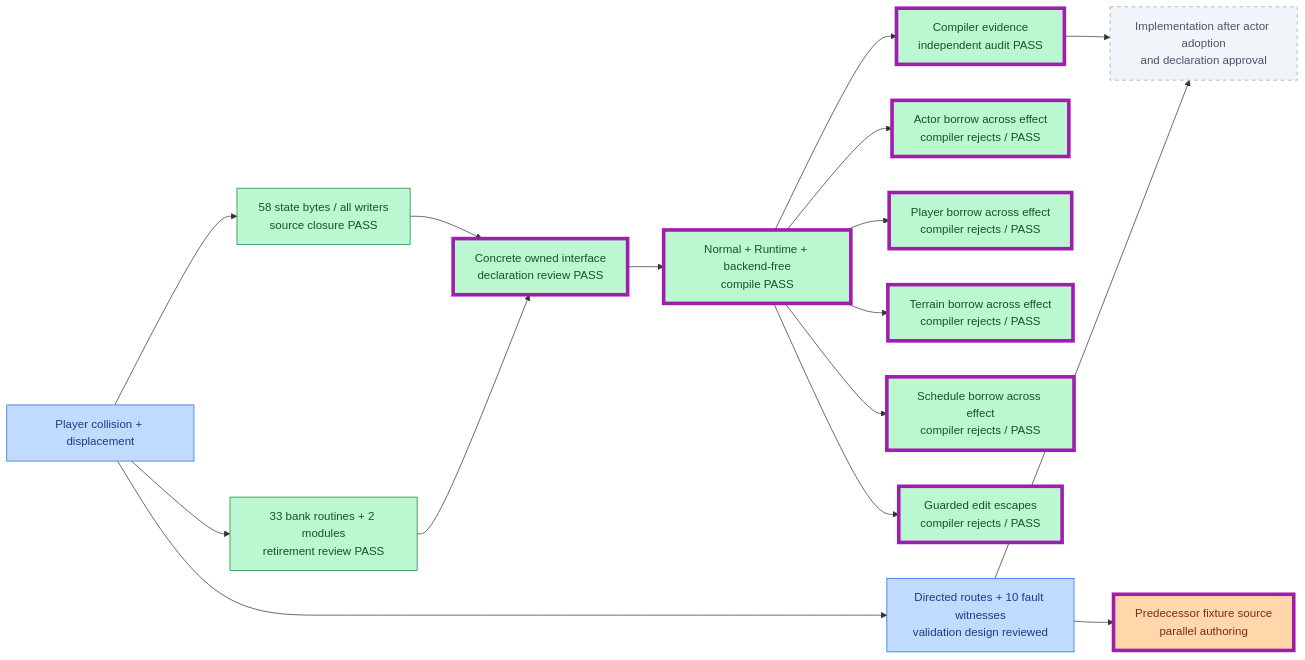
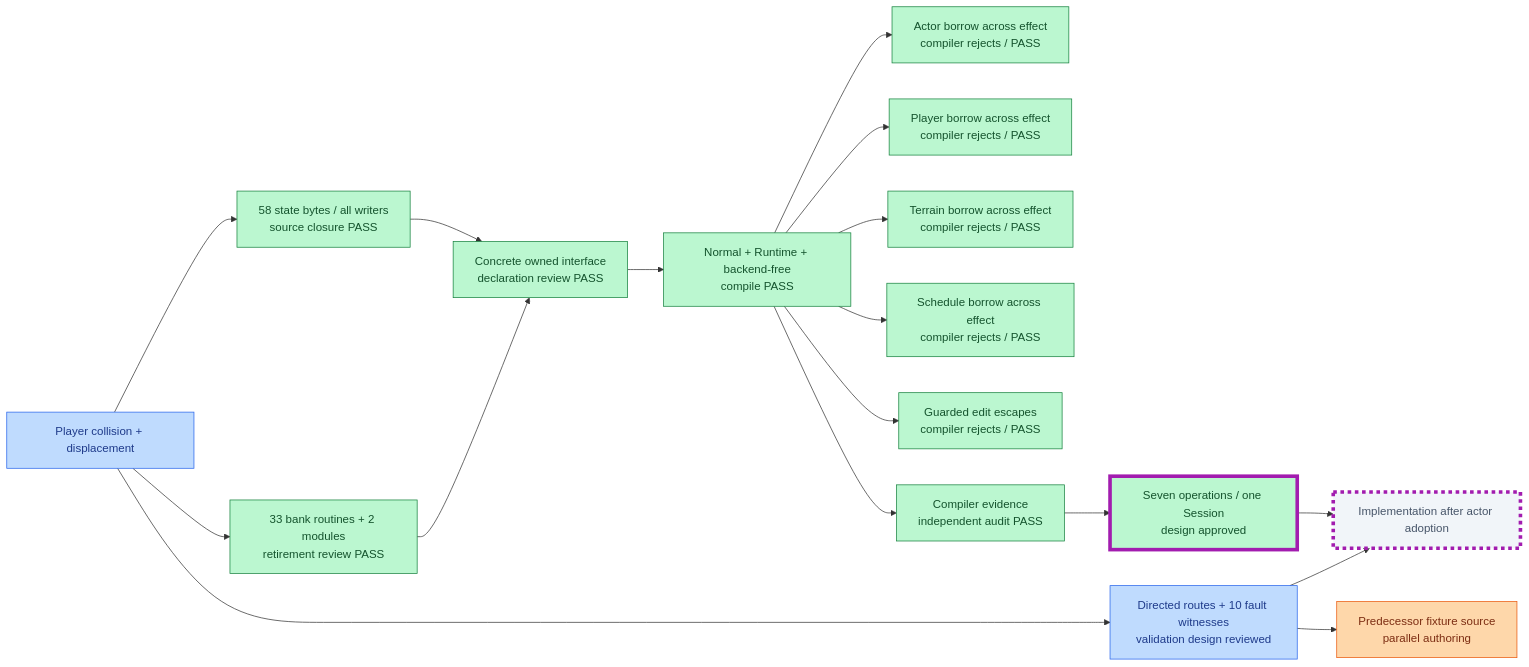
Before and after one commit to JimLundin/sm-decomp: the third of 22 diagrams in PROGRESS.md, drawn with Mermaid. The commit also changed 1 other file, not shown here.

Commit message:
Approve owned collision interface after source and compiler review
Design only: seven semantic operations and one Session; frozen 21-file declaration carrier passes independent reviews and intended borrow checks. Gameplay implementation waits actor adoption. Static diff check and progress counters pass, unchanged production.

````diff
--- a/PROGRESS.md
+++ b/PROGRESS.md
@@ -124,24 +124,25 @@
 ```mermaid
 flowchart LR
     PC["Player collision + displacement"]:::draft --> PS["58 state bytes / all writers<br/>source closure PASS"]:::done
     PC --> PR["33 bank routines + 2 modules<br/>retirement review PASS"]:::done
     PC --> PV["Directed routes + 10 fault witnesses<br/>validation design reviewed"]:::draft
     PS --> PD["Concrete owned interface<br/>declaration review PASS"]:::done
     PR --> PD
     PD --> PCOMP["Normal + Runtime + backend-free<br/>compile PASS"]:::done
     PCOMP --> PBA["Actor borrow across effect<br/>compiler rejects / PASS"]:::done
     PCOMP --> PBP["Player borrow across effect<br/>compiler rejects / PASS"]:::done
     PCOMP --> PBT["Terrain borrow across effect<br/>compiler rejects / PASS"]:::done
     PCOMP --> PBS["Schedule borrow across effect<br/>compiler rejects / PASS"]:::done
     PCOMP --> PBE["Guarded edit escapes<br/>compiler rejects / PASS"]:::done
     PCOMP --> PAUDIT["Compiler evidence<br/>independent audit PASS"]:::done
-    PAUDIT --> PI["Implementation after actor adoption<br/>and declaration approval"]:::pending
+    PAUDIT --> PAP["Seven operations / one Session<br/>design approved"]:::done
+    PAP --> PI["Implementation after actor adoption"]:::pending
     PV --> PI
     PV --> PREF["Predecessor fixture source<br/>parallel authoring"]:::active
-    class PD,PCOMP,PBA,PBP,PBT,PBS,PBE,PAUDIT,PREF changed
+    class PAP,PI changed
     classDef done fill:#bbf7d0,stroke:#15803d,color:#14532d
     classDef draft fill:#bfdbfe,stroke:#2563eb,color:#1e3a8a
     classDef active fill:#fed7aa,stroke:#ea580c,color:#7c2d12
     classDef pending fill:#f1f5f9,stroke:#94a3b8,color:#475569,stroke-dasharray:5 5
     classDef changed stroke:#a21caf,stroke-width:5px
 ```
````
